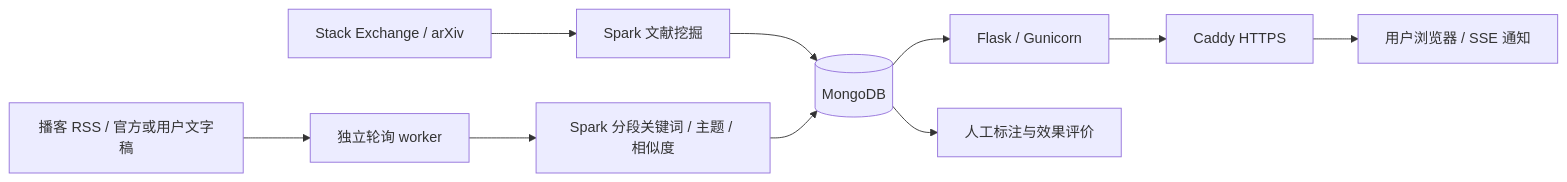
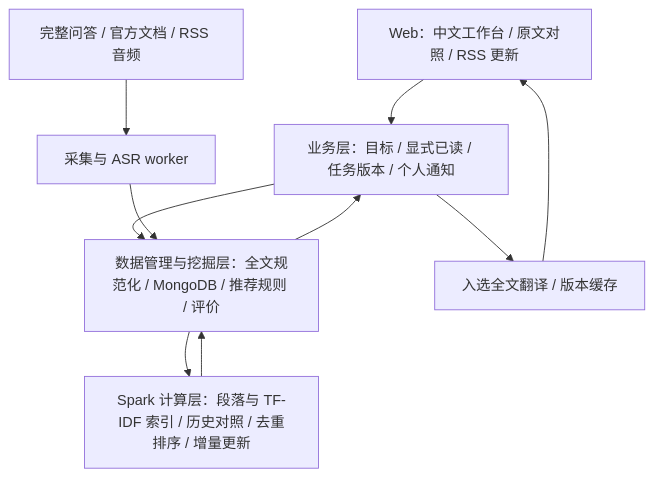
One commit to lengjing1236/knowpipe changed the diagram in README.md. Above: the diagram before and after it, drawn with Mermaid. The commit also changed other lines of this file and 9 other files, not shown here.

````diff
--- a/README.md
+++ b/README.md
@@ -97,12 +101,12 @@
 ```mermaid
-flowchart LR
-  A[Stack Exchange / arXiv] --> B[Spark 文献挖掘]
-  R[播客 RSS / 官方或用户文字稿] --> W[独立轮询 worker]
-  W --> S[Spark 分段关键词 / 主题 / 相似度]
-  B --> M[(MongoDB)]
-  S --> M
-  M --> F[Flask / Gunicorn]
-  F --> C[Caddy HTTPS]
-  C --> U[用户浏览器 / SSE 通知]
-  M --> E[人工标注与效果评价]
+flowchart TB
+  W[Web：中文工作台 / 原文对照 / RSS 更新] --> B[业务层：目标 / 显式已读 / 任务版本 / 个人通知]
+  B --> D[数据管理与挖掘层：全文规范化 / MongoDB / 推荐规则 / 评价]
+  D --> S[Spark 计算层：段落与 TF-IDF 索引 / 历史对照 / 去重排序 / 增量更新]
+  P[完整问答 / 官方文档 / RSS 音频] --> I[采集与 ASR worker]
+  I --> D
+  S --> D
+  D --> B
+  B --> T[入选全文翻译 / 版本缓存]
+  T --> W
 ```
````
